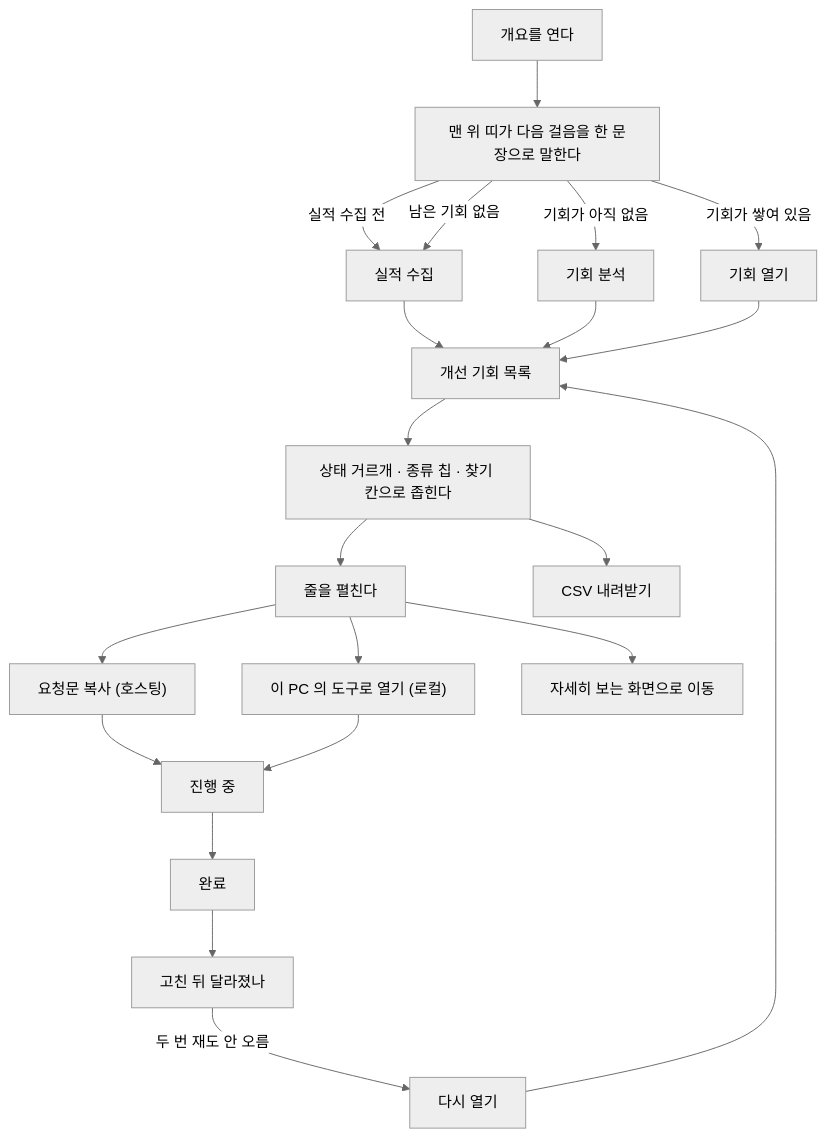
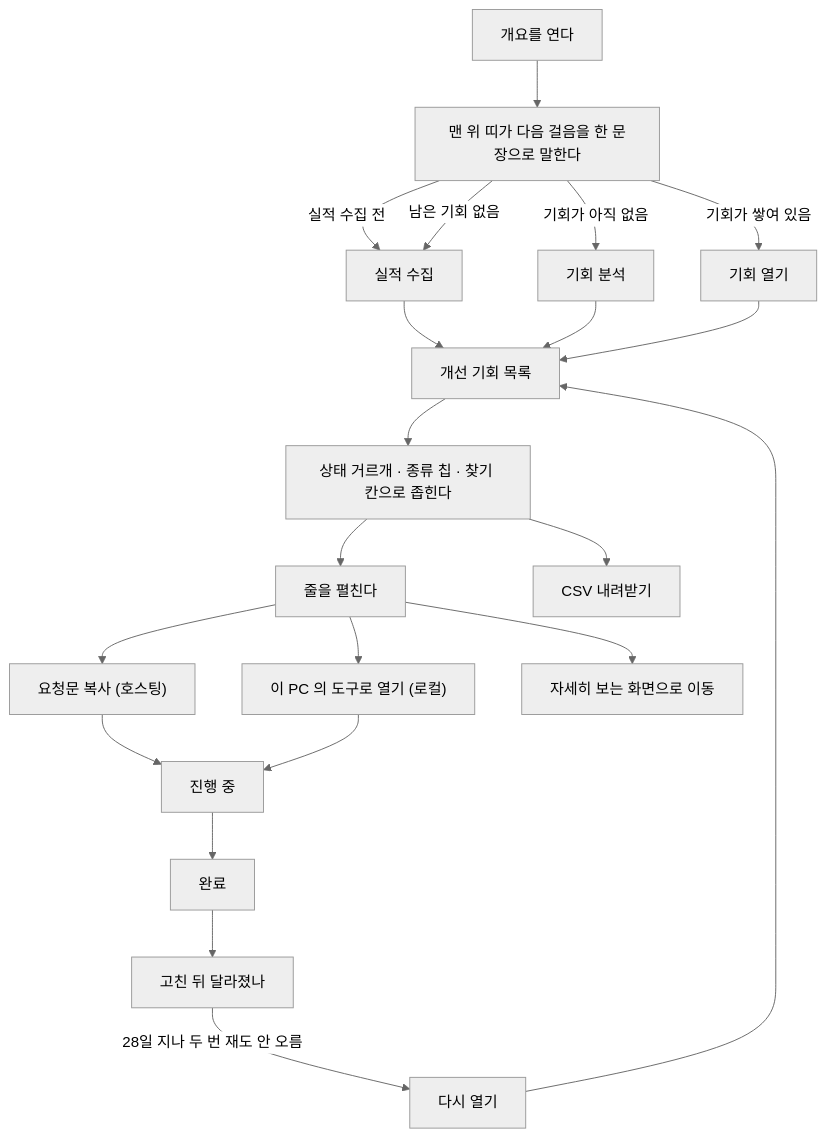
The diagram in docs/screens/overview.md (seanjr2847/seo-miner), drawn with Mermaid (neutral theme) before and after one commit. The commit also changed other lines of this file and 16 other files, not shown here.

````diff
--- a/docs/screens/overview.md
+++ b/docs/screens/overview.md
@@ -100,23 +101,23 @@
 ```mermaid
 flowchart TD
   A["개요를 연다"] --> B["맨 위 띠가 다음 걸음을 한 문장으로 말한다"]
   B -->|"실적 수집 전"| C["실적 수집"]
   B -->|"기회가 아직 없음"| D["기회 분석"]
   B -->|"남은 기회 없음"| C
   B -->|"기회가 쌓여 있음"| E["기회 열기"]
   C --> F["개선 기회 목록"]
   D --> F
   E --> F
   F --> G["상태 거르개 · 종류 칩 · 찾기 칸으로 좁힌다"]
   G --> H["줄을 펼친다"]
   H --> I["요청문 복사 (호스팅)"]
   H --> J["이 PC 의 도구로 열기 (로컬)"]
   H --> K["자세히 보는 화면으로 이동"]
   I --> L["진행 중"]
   J --> L
   L --> M["완료"]
   M --> N["고친 뒤 달라졌나"]
-  N -->|"두 번 재도 안 오름"| O["다시 열기"]
+  N -->|"28일 지나 두 번 재도 안 오름"| O["다시 열기"]
   O --> F
   G --> P["CSV 내려받기"]
 ```
````
